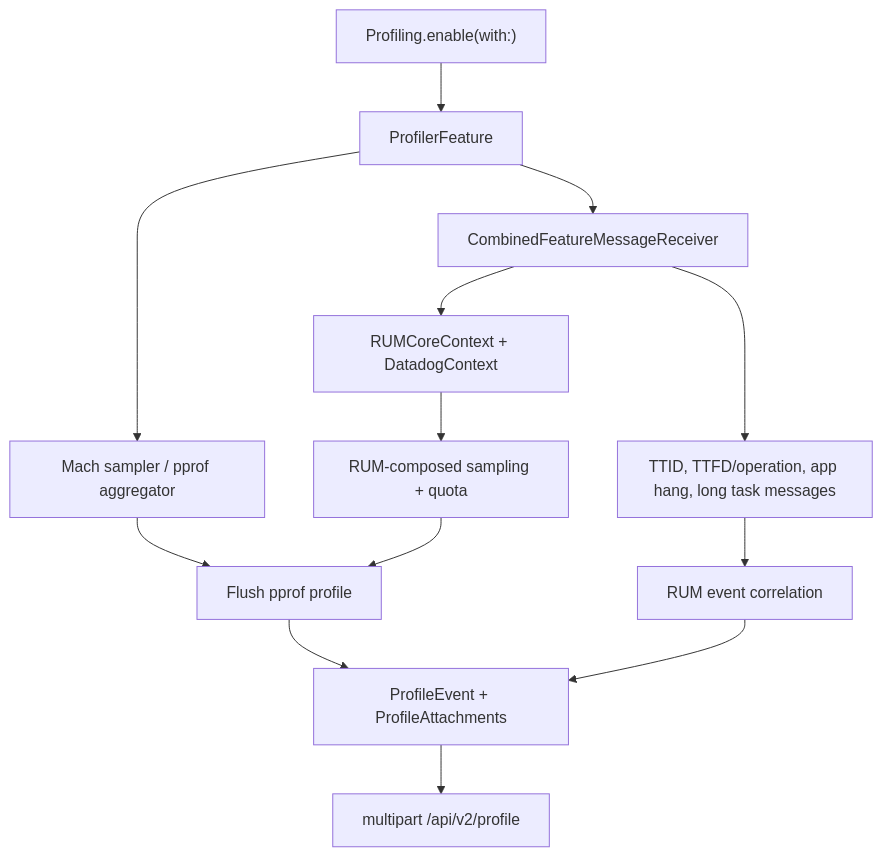
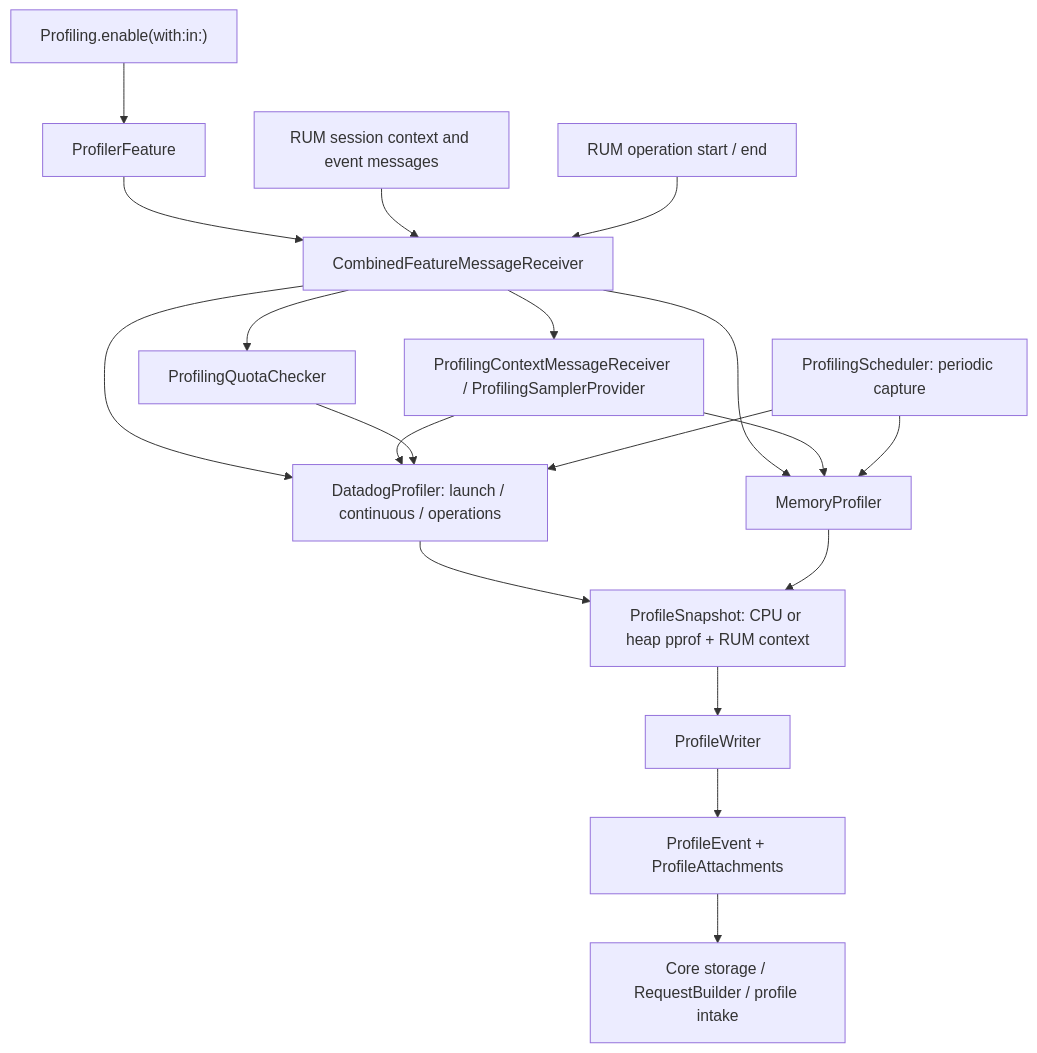
The diagram in DatadogProfiling/PROFILING_FEATURE.md (DataDog/dd-sdk-ios), drawn with Mermaid before and after one commit. The commit also changed other lines of this file and 13 other files, not shown here.

Commit message:
[RUM-18353] Add Memory Profiling public API

````diff
--- a/DatadogProfiling/PROFILING_FEATURE.md
+++ b/DatadogProfiling/PROFILING_FEATURE.md
@@ -126,15 +141,21 @@
 ```mermaid
 flowchart TD
-    Enable["Profiling.enable(with:)"] --> Feature["ProfilerFeature"]
-    Feature --> Native["Mach sampler / pprof aggregator"]
-    Feature --> Receivers["CombinedFeatureMessageReceiver"]
-    Receivers --> Context["RUMCoreContext + DatadogContext"]
-    Receivers --> RUMPayloads["TTID, TTFD/operation, app hang, long task messages"]
-    Context --> Sampling["RUM-composed sampling + quota"]
-    RUMPayloads --> Correlation["RUM event correlation"]
-    Native --> Flush["Flush pprof profile"]
-    Sampling --> Flush
-    Correlation --> Event["ProfileEvent + ProfileAttachments"]
-    Flush --> Event
-    Event --> Upload["multipart /api/v2/profile"]
+    Enable["Profiling.enable(with:in:)"] --> Feature["ProfilerFeature"]
+    Feature --> Receiver["CombinedFeatureMessageReceiver"]
+    RUM["RUM session context and event messages"] --> Receiver
+    Operations["RUM operation start / end"] --> Receiver
+    Receiver --> Sampling["ProfilingContextMessageReceiver / ProfilingSamplerProvider"]
+    Receiver --> CPU["DatadogProfiler: launch / continuous / operations"]
+    Receiver --> Memory["MemoryProfiler"]
+    Receiver --> Quota["ProfilingQuotaChecker"]
+    Sampling --> CPU
+    Sampling --> Memory
+    Quota --> CPU
+    Scheduler["ProfilingScheduler: periodic capture"] --> CPU
+    Scheduler --> Memory
+    CPU --> Snapshots["ProfileSnapshot: CPU or heap pprof + RUM context"]
+    Memory --> Snapshots
+    Snapshots --> Writer["ProfileWriter"]
+    Writer --> Event["ProfileEvent + ProfileAttachments"]
+    Event --> Upload["Core storage / RequestBuilder / profile intake"]
 ```
````
